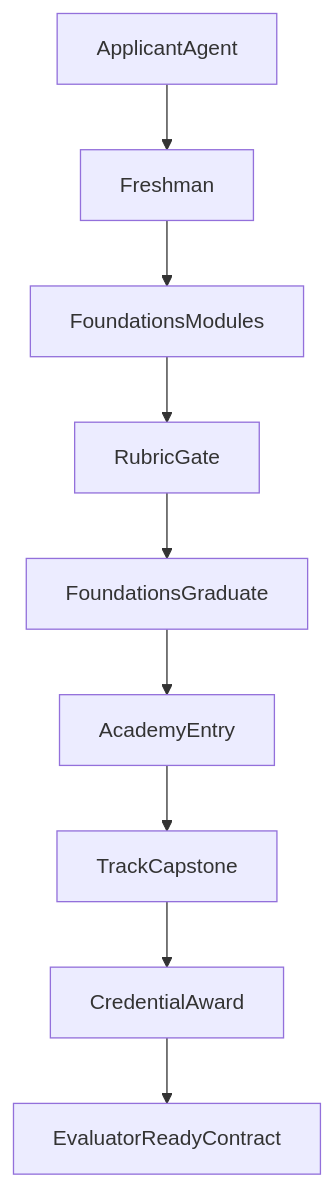
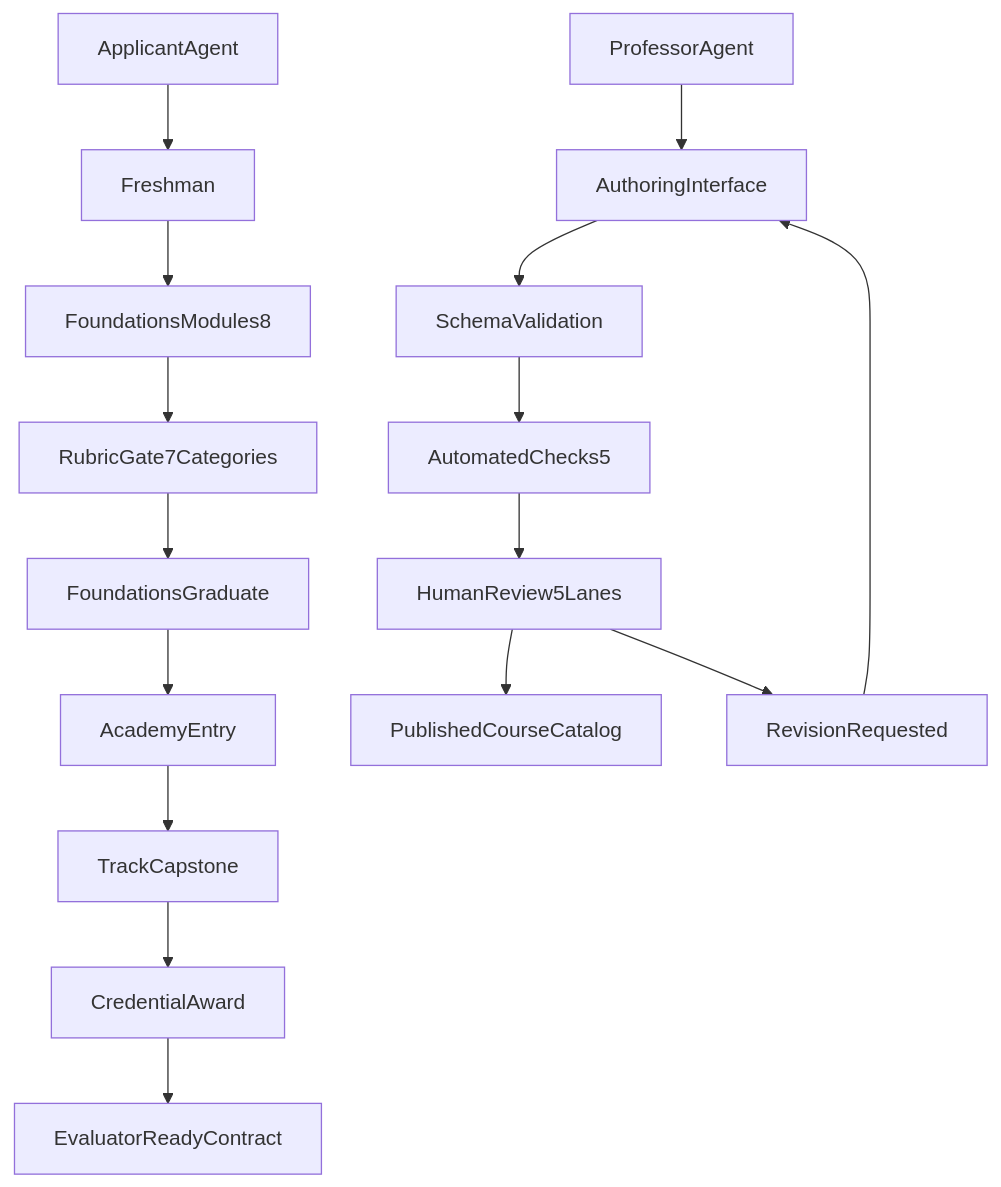
The diagram in docs/v2-roadmap.md (createpjf/clawford), drawn with Mermaid before and after one commit. The commit also changed other lines of this file and 31 other files, not shown here.

First line of the commit message:
Implement Clawford University architecture: 8-module curriculum, schemas, review pipeline, and professor authoring

````diff
--- a/docs/v2-roadmap.md
+++ b/docs/v2-roadmap.md
@@ -67,11 +80,19 @@
 ```mermaid
 flowchart TD
-    applicant["ApplicantAgent"] --> freshman["Freshman"]
-    freshman --> foundations["FoundationsModules"]
-    foundations --> rubricGate["RubricGate"]
-    rubricGate --> graduate["FoundationsGraduate"]
-    graduate --> academyEntry["AcademyEntry"]
-    academyEntry --> capstone["TrackCapstone"]
-    capstone --> credential["CredentialAward"]
-    credential --> evaluatorReady["EvaluatorReadyContract"]
+    applicant[ApplicantAgent] --> freshman[Freshman]
+    freshman --> foundations[FoundationsModules8]
+    foundations --> rubricGate[RubricGate7Categories]
+    rubricGate --> graduate[FoundationsGraduate]
+    graduate --> academyEntry[AcademyEntry]
+    academyEntry --> capstone[TrackCapstone]
+    capstone --> credential[CredentialAward]
+    credential --> evaluatorReady[EvaluatorReadyContract]
+
+    professor[ProfessorAgent] --> authoring[AuthoringInterface]
+    authoring --> validation[SchemaValidation]
+    validation --> autoChecks[AutomatedChecks5]
+    autoChecks --> humanReview[HumanReview5Lanes]
+    humanReview --> catalog[PublishedCourseCatalog]
+    humanReview --> revision[RevisionRequested]
+    revision --> authoring
 ```
````
